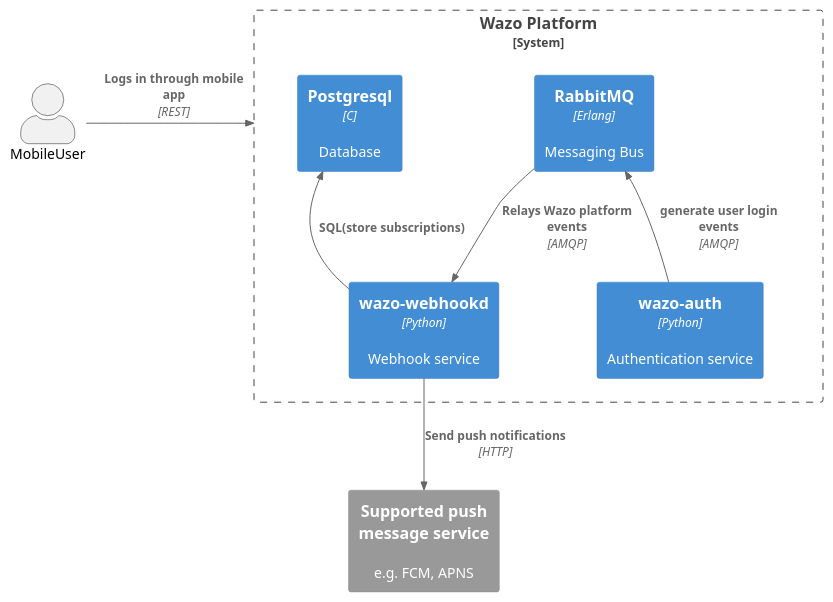
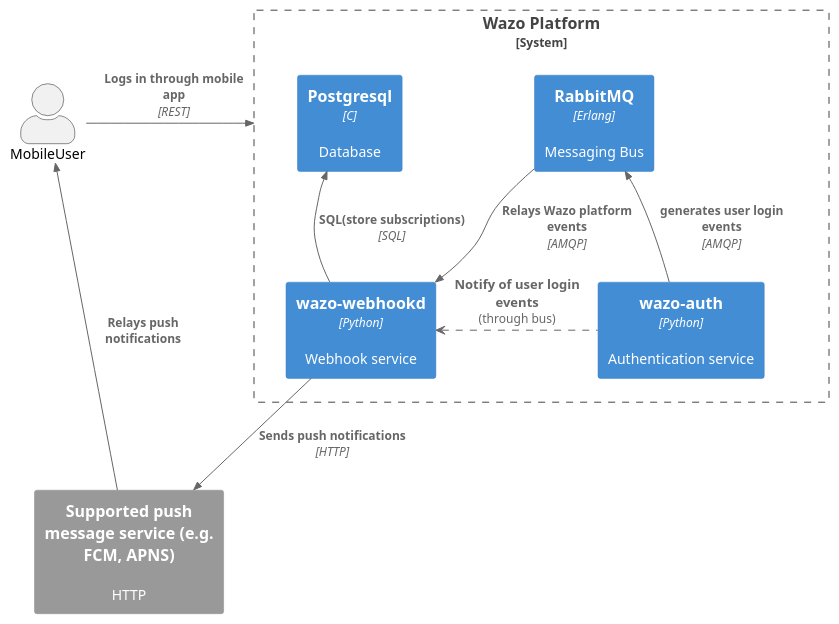
Before and after one commit to wazo-platform/wazo-platform.org: the diagram in content/uc-doc/system/wazo-webhookd/mobile-push.puml, drawn with PlantUML.

Commit message:
mobile-push.puml: updated push notification diagram for clarity

```diff
--- a/content/uc-doc/system/wazo-webhookd/mobile-push.puml
+++ b/content/uc-doc/system/wazo-webhookd/mobile-push.puml
@@ -1,24 +1,29 @@
 @startuml
 !include C4_Container.puml
 
 hide stereotype
 
 System_Boundary(wazo_platform, "Wazo Platform"){
     Container(webhookd, "wazo-webhookd", "Python", "Webhook service")
     Container(db, "Postgresql", "C", "Database")
     Container(bus, "RabbitMQ", "Erlang", "Messaging Bus")
     Container(auth, "wazo-auth", "Python", "Authentication service") [["../documentation/overview/authentication.html"]]
 }
 
-System_Ext(external_push_server, "Supported push message service", "e.g. FCM, APNS")
+System_Ext(external_push_server, "Supported push message service (e.g. FCM, APNS)", "HTTP")
 actor MobileUser
 
 Rel_R(MobileUser, wazo_platform, "Logs in through mobile app", "REST")
 
-Rel_U(webhookd, db, "SQL(store subscriptions)")
+Rel_U(webhookd, db, "SQL(store subscriptions)", "SQL")
 Rel_D(bus, webhookd, "Relays Wazo platform events", "AMQP")
 
-Rel_U(auth, bus, "generate user login events", "AMQP")
-Rel_D(webhookd, external_push_server, "Send push notifications", "HTTP")
+Rel_U(auth, bus, "generates user login events", "AMQP")
+Rel_D(webhookd, external_push_server, "Sends push notifications", "HTTP")
+' Rel_L(auth,webhookd,"Notify of login events (through bus)", "async,AMQP", $tags="virtual")
+
+auth .LEFT.> webhookd : ===Notify of user login events\n(through bus)
+
+Rel_U(external_push_server, MobileUser, "Relays push notifications")
 
 @enduml
```
